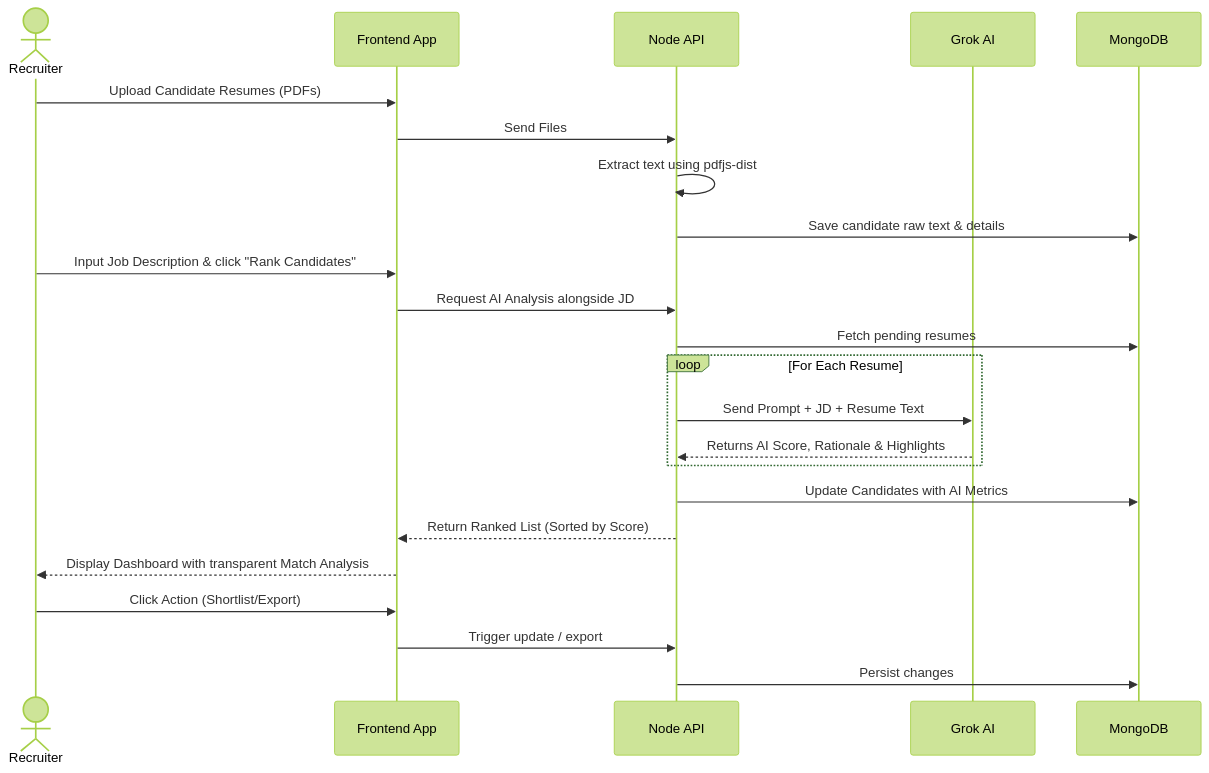
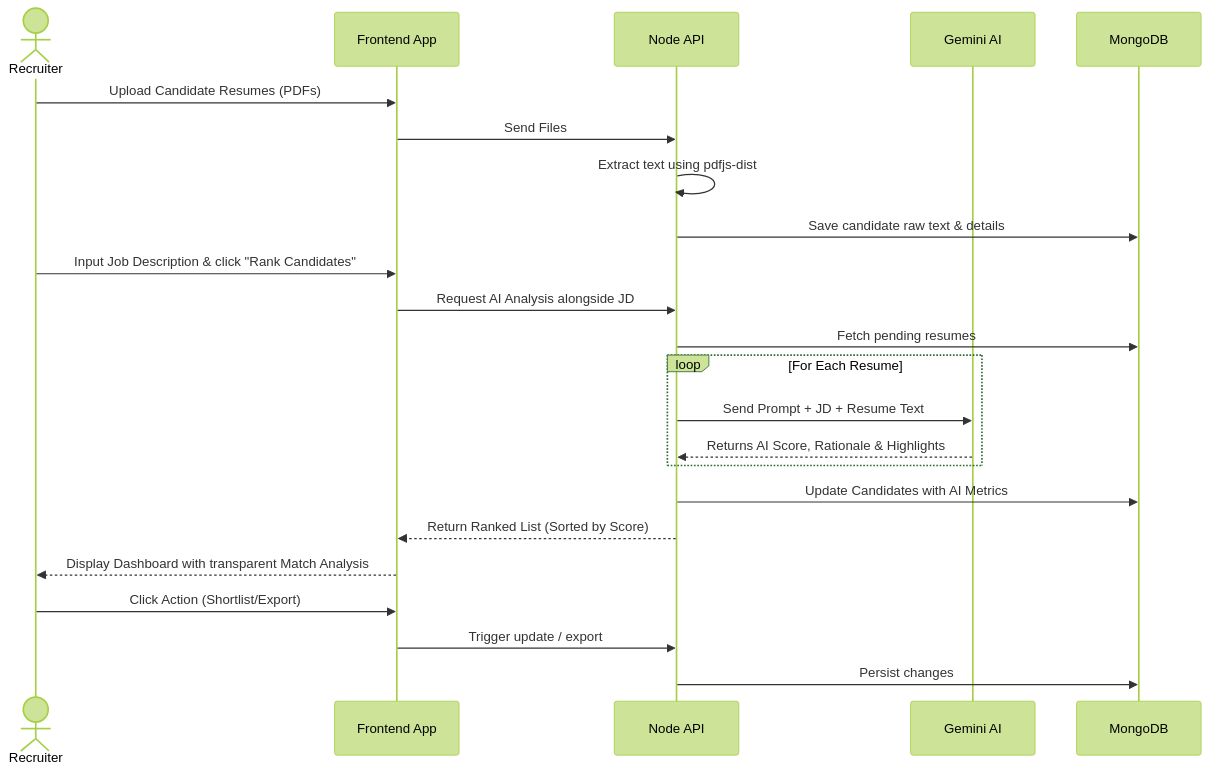
The second of 2 diagrams in README.md (NileshKonkankar/hiresight-ai), drawn with Mermaid (forest theme) before and after one commit. The commit also changed other lines of this file and 6 other files, not shown here.

````diff
--- a/README.md
+++ b/README.md
@@ -60,30 +60,30 @@
 ```mermaid
 sequenceDiagram
     actor Recruiter
     participant UI as Frontend App
     participant API as Node API
-    participant AI as Grok AI
+    participant AI as Gemini AI
     participant DB as MongoDB
 
     Recruiter->>UI: Upload Candidate Resumes (PDFs)
     UI->>API: Send Files
     API->>API: Extract text using pdfjs-dist
     API->>DB: Save candidate raw text & details
     
     Recruiter->>UI: Input Job Description & click "Rank Candidates"
     UI->>API: Request AI Analysis alongside JD
     API->>DB: Fetch pending resumes
     
     loop For Each Resume
         API->>AI: Send Prompt + JD + Resume Text
         AI-->>API: Returns AI Score, Rationale & Highlights
     end
     
     API->>DB: Update Candidates with AI Metrics
     API-->>UI: Return Ranked List (Sorted by Score)
     UI-->>Recruiter: Display Dashboard with transparent Match Analysis
     
     Recruiter->>UI: Click Action (Shortlist/Export)
     UI->>API: Trigger update / export
     API->>DB: Persist changes
 ```
````
